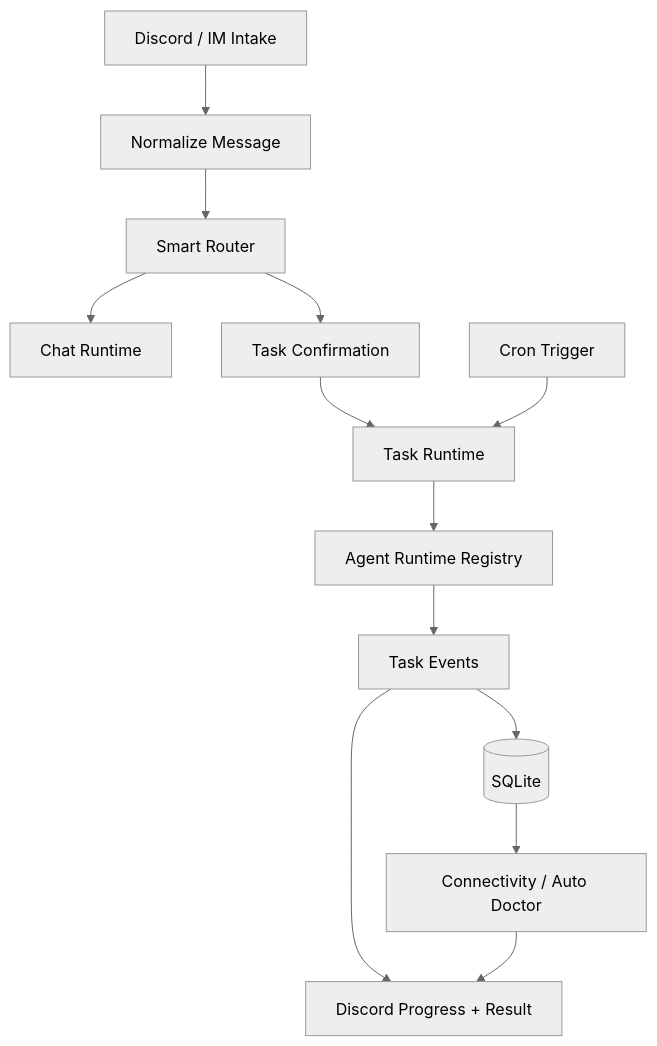
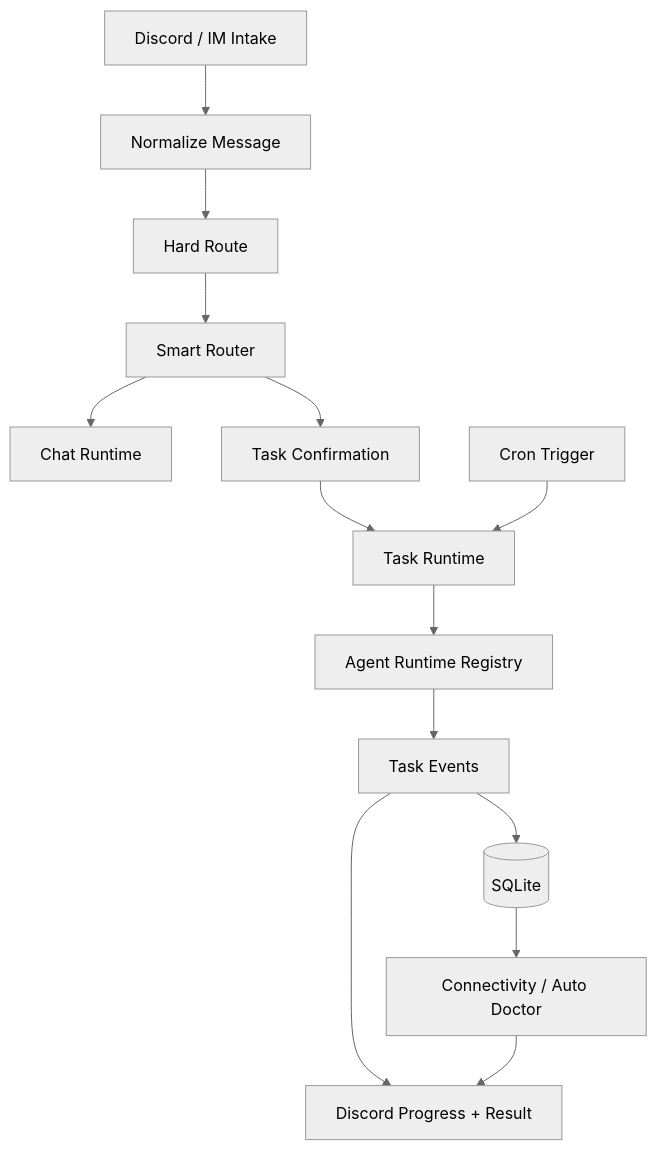
The first of 2 diagrams in website/en/capabilities/runtime.md (yuanyunfan/miniclaw), drawn with Mermaid (neutral theme) before and after one commit. The commit also changed other lines of this file and 90 other files, not shown here.

````diff
--- a/website/en/capabilities/runtime.md
+++ b/website/en/capabilities/runtime.md
@@ -16,15 +16,16 @@
 ```mermaid
 flowchart TD
   Intake[Discord / IM Intake] --> Normalize[Normalize Message]
-  Normalize --> Decide[Smart Router]
+  Normalize --> HardRoute[Hard Route]
+  HardRoute --> Decide[Smart Router]
   Decide --> Chat[Chat Runtime]
   Decide --> Confirm[Task Confirmation]
   Confirm --> Task[Task Runtime]
   Cron[Cron Trigger] --> Task
   Task --> Agent[Agent Runtime Registry]
   Agent --> Events[Task Events]
   Events --> Store[(SQLite)]
   Events --> Delivery[Discord Progress + Result]
   Store --> Recovery[Connectivity / Auto Doctor]
   Recovery --> Delivery
 ```
````
